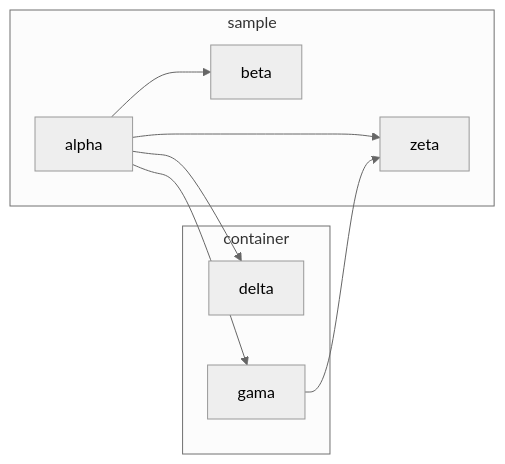
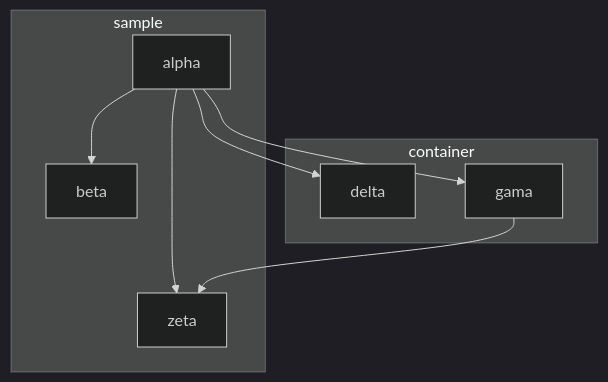
One commit to iurysza/module-graph changed the diagram in sample/README.md. Above: the diagram before and after it, drawn with Mermaid. The commit also changed other lines of this file and 6 other files, not shown here.

````diff
--- a/sample/README.md
+++ b/sample/README.md
@@ -4,24 +3,24 @@
 ```mermaid
 %%{
   init: {
-    'theme': 'neutral'
+    'theme': 'dark'
   }
 }%%
 
-graph LR
+graph TB
   subgraph sample
     alpha
     beta
     zeta
   end
   subgraph container
     delta
     gama
   end
   alpha --> zeta
   alpha --> beta
   alpha --> gama
   alpha --> delta
   gama --> zeta
 
 ```
````
